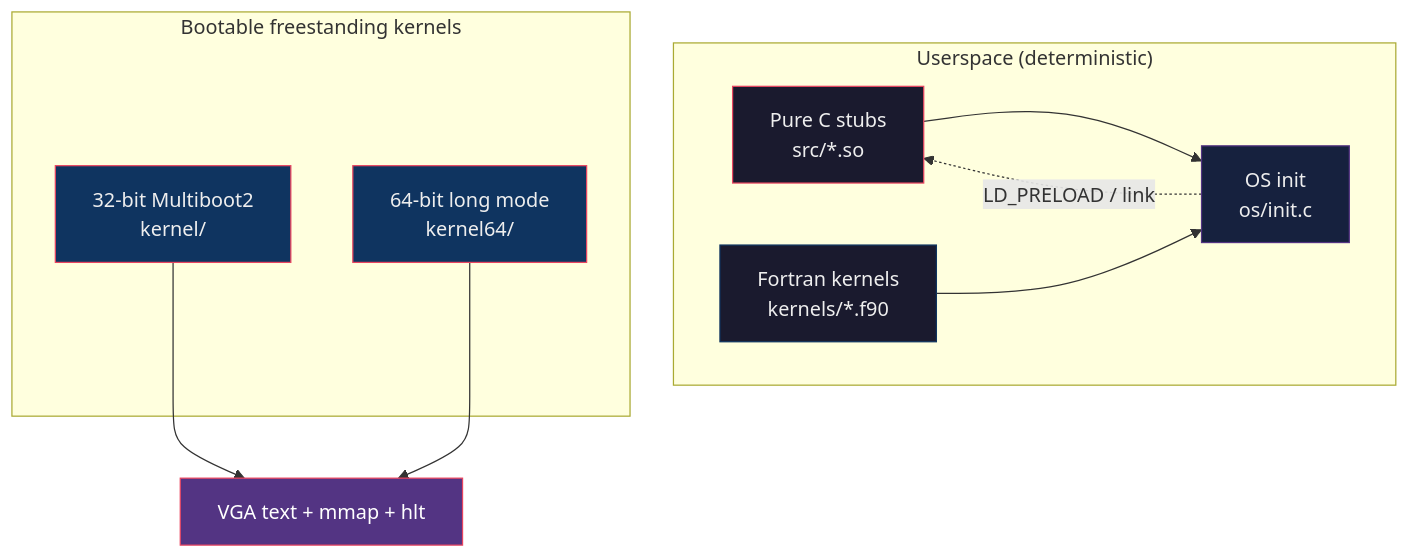
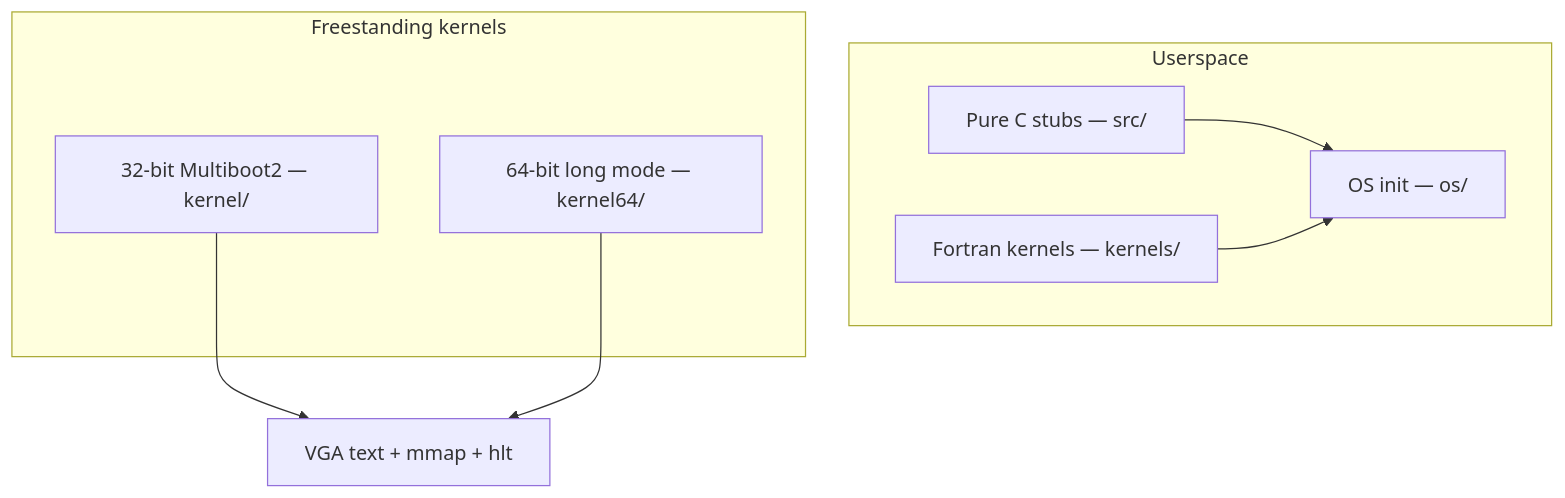
One commit to AHMADALIPARR/preeny-sovereign changed the first of 3 diagrams in README.md. Above: the diagram before and after it, drawn with Mermaid. The commit also changed other lines of this file, not shown here.

Commit message:
Slim README: fewer tables, fix markup, embed architecture photos

````diff
--- a/README.md
+++ b/README.md
@@ -11,26 +17,18 @@
 ```mermaid
 flowchart TB
-    subgraph Userspace["Userspace (deterministic)"]
-        STUBS["Pure C stubs<br/>src/*.so"]
-        FORT["Fortran kernels<br/>kernels/*.f90"]
-        INIT["OS init<br/>os/init.c"]
+    subgraph Userspace["Userspace"]
+        STUBS["Pure C stubs — src/"]
+        FORT["Fortran kernels — kernels/"]
+        INIT["OS init — os/"]
     end
 
-    subgraph Boot["Bootable freestanding kernels"]
-        K32["32-bit Multiboot2<br/>kernel/"]
-        K64["64-bit long mode<br/>kernel64/"]
+    subgraph Boot["Freestanding kernels"]
+        K32["32-bit Multiboot2 — kernel/"]
+        K64["64-bit long mode — kernel64/"]
     end
 
     STUBS --> INIT
     FORT --> INIT
-    INIT -.->|"LD_PRELOAD / link"| STUBS
     K32 --> VGA["VGA text + mmap + hlt"]
     K64 --> VGA
-
-    style STUBS fill:#1a1a2e,stroke:#e94560,color:#eee
-    style FORT fill:#1a1a2e,stroke:#0f3460,color:#eee
-    style INIT fill:#16213e,stroke:#533483,color:#eee
-    style K32 fill:#0f3460,stroke:#e94560,color:#eee
-    style K64 fill:#0f3460,stroke:#e94560,color:#eee
-    style VGA fill:#533483,stroke:#e94560,color:#fff
 ```
````
